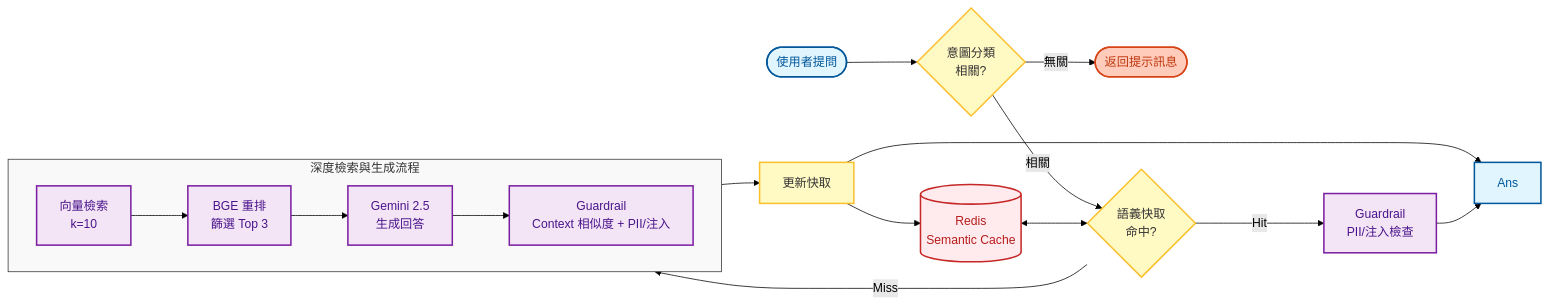
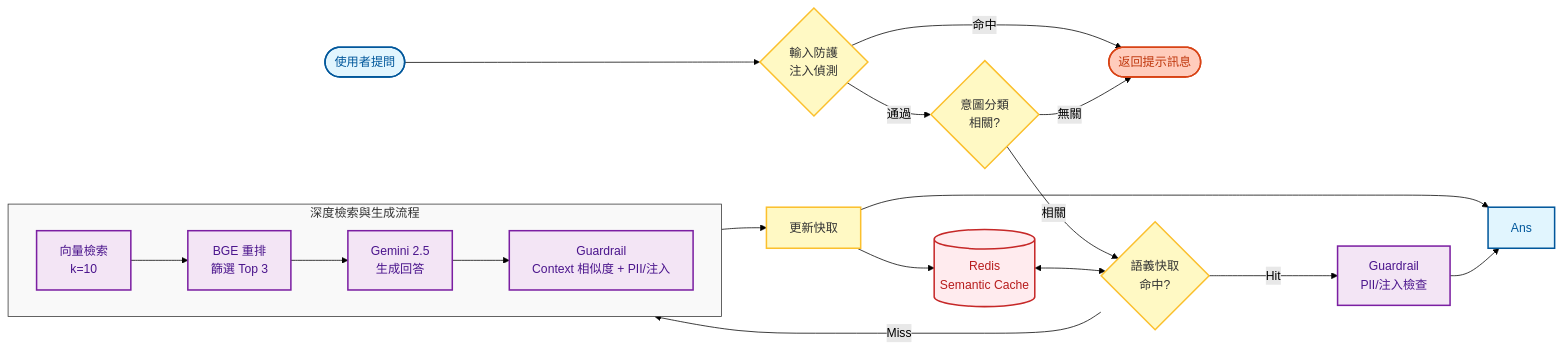
Before and after one commit to albertkingdom/rag-chatbot-demo: the second of 4 diagrams in architecture.md, drawn with Mermaid (forest theme). The commit also changed other lines of this file and 1 other file, not shown here.

First line of the commit message:
docs: sync architecture and README with actual implementation

````diff
--- a/architecture.md
+++ b/architecture.md
@@ -73,42 +74,45 @@
 ```mermaid
 flowchart LR
     %% 方向與元件定義
-    Q([使用者提問]) --> Intent{意圖分類<br/>相關?}
+    Q([使用者提問]) --> InputGuard{輸入防護<br/>注入偵測}
 
-    Intent -- 無關 --> Reject([返回提示訊息])
+    InputGuard -- 命中 --> Reject([返回提示訊息])
+    InputGuard -- 通過 --> Intent{意圖分類<br/>相關?}
+
+    Intent -- 無關 --> Reject
     Intent -- 相關 --> Cache{語義快取<br/>命中?}
 
     Redis[(Redis<br/>Semantic Cache)] <--> Cache
 
     subgraph RAG ["深度檢索與生成流程"]
         direction LR
         Search[向量檢索<br/>k=10] --> Rerank[BGE 重排<br/>篩選 Top 3]
         Rerank --> Gen[Gemini 2.5<br/>生成回答]
         Gen --> GuardDeep[Guardrail<br/>Context 相似度 + PII/注入]
     end
 
     Cache -- Miss --> Search
     Cache -- Hit ----> GuardCache[Guardrail<br/>PII/注入檢查]
 
     %% 回寫快取路徑
     GuardDeep --> Store[更新快取]
     Store --> Redis
     Store --> Ans
     GuardCache --> Ans
 
     %% 樣式美化 (增強對比度以利簡報呈現)
     classDef input fill:#e1f5fe,stroke:#01579b,stroke-width:2px,color:#01579b
     classDef logic fill:#fff9c4,stroke:#fbc02d,stroke-width:2px,color:#333
     classDef core fill:#f3e5f5,stroke:#7b1fa2,stroke-width:2px,color:#4a148c
     classDef storage fill:#ffebee,stroke:#c62828,stroke-width:2px,color:#b71c1c
     classDef reject fill:#ffccbc,stroke:#d84315,stroke-width:2px,color:#bf360c
 
     class Q,Ans input
-    class Intent,Cache,Store logic
+    class InputGuard,Intent,Cache,Store logic
     class Search,Rerank,Gen,GuardDeep,GuardCache core
     class Redis storage
     class Reject reject
 
     %% 子圖樣式
     style RAG fill:#f9f9f9,stroke:#333,stroke-width:1px,color:#333
 ```
````
